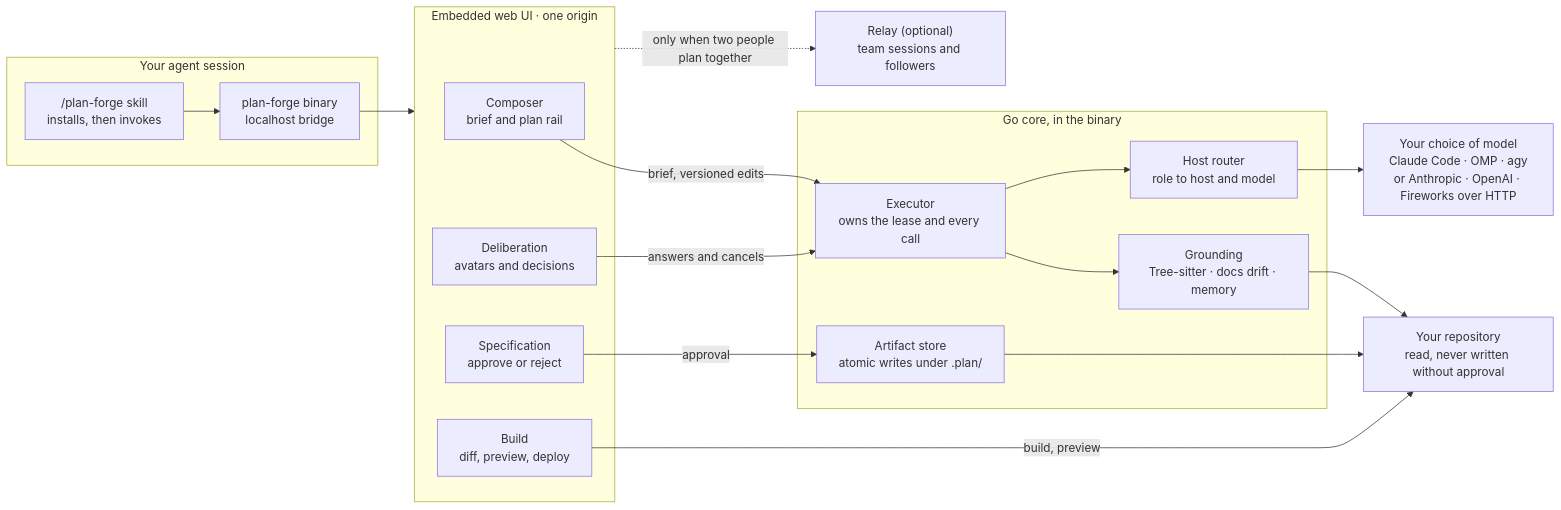
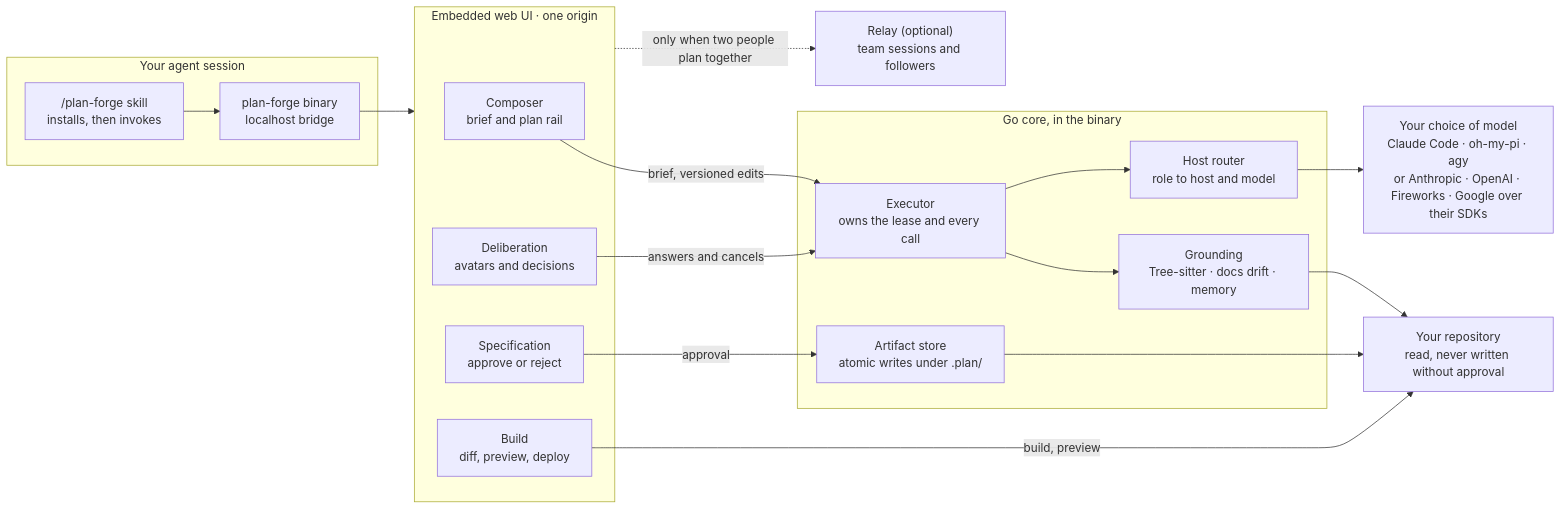
The first of 2 diagrams in README.md (danielckv/agentic-plan-forge), drawn with Mermaid before and after one commit. The commit also changed other lines of this file and 126 other files, not shown here.

````diff
--- a/README.md
+++ b/README.md
@@ -41,38 +42,38 @@
 ```mermaid
 flowchart LR
     subgraph host["Your agent session"]
         SKILL["/plan-forge skill<br/>installs, then invokes"]
         CLI["plan-forge binary<br/>localhost bridge"]
     end
 
     subgraph app["Embedded web UI · one origin"]
         P1["Composer<br/>brief and plan rail"]
         P2["Deliberation<br/>avatars and decisions"]
         P3["Specification<br/>approve or reject"]
         P4["Build<br/>diff, preview, deploy"]
     end
 
     subgraph core["Go core, in the binary"]
         GROUND["Grounding<br/>Tree-sitter · docs drift · memory"]
         EXEC["Executor<br/>owns the lease and every call"]
         ROUTER["Host router<br/>role to host and model"]
         STORE["Artifact store<br/>atomic writes under .plan/"]
     end
 
-    HOSTS["Your choice of model<br/>Claude Code · OMP · agy<br/>or Anthropic · OpenAI · Fireworks over HTTP"]
+    HOSTS["Your choice of model<br/>Claude Code · oh-my-pi · agy<br/>or Anthropic · OpenAI · Fireworks · Google over their SDKs"]
     RELAY["Relay (optional)<br/>team sessions and followers"]
     REPO["Your repository<br/>read, never written without approval"]
 
     SKILL --> CLI
     CLI --> app
     P1 -->|"brief, versioned edits"| EXEC
     P2 -->|"answers and cancels"| EXEC
     P3 -->|"approval"| STORE
     P4 -->|"build, preview"| REPO
     EXEC --> GROUND
     EXEC --> ROUTER
     ROUTER --> HOSTS
     GROUND --> REPO
     STORE --> REPO
     app -.->|"only when two people plan together"| RELAY
 ```
````
